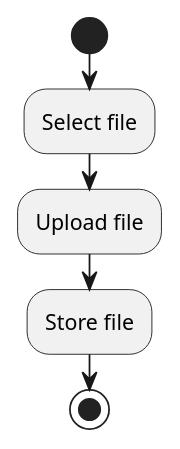
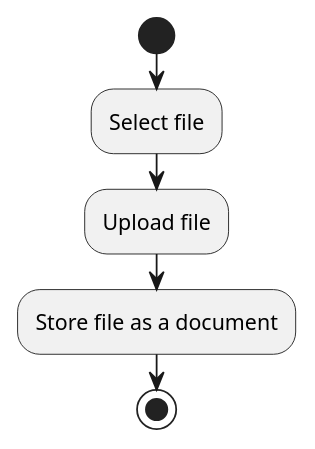
The diagram in architecture/activity_document_upload.puml (barnalismollich/coyotiv-barnali-smollich), drawn with PlantUML before and after one commit.

Commit message:
Check and correct puml files to current status

```diff
--- a/architecture/activity_document_upload.puml
+++ b/architecture/activity_document_upload.puml
@@ -1,11 +1,11 @@
 @startuml activity.puml
 
 start
 
 :Select file;
 :Upload file;
-:Store file;
+:Store file as a document;
 
 stop
 
 @enduml
```
